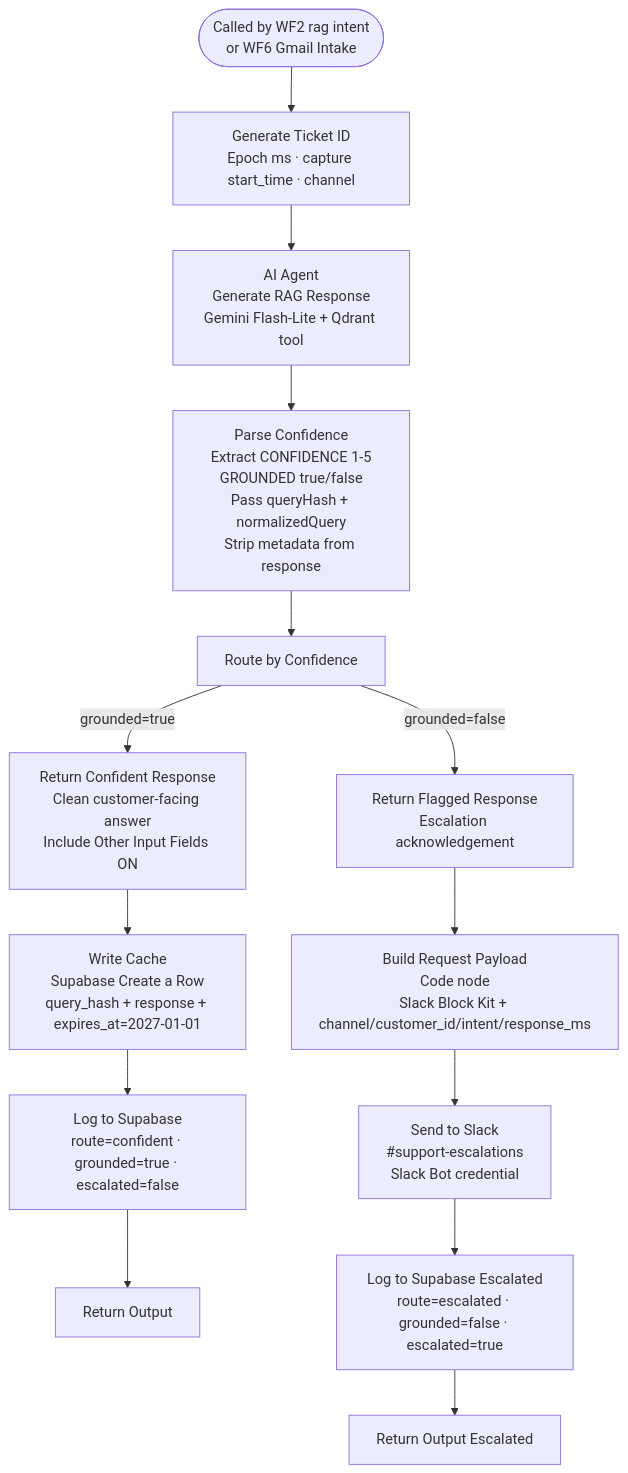
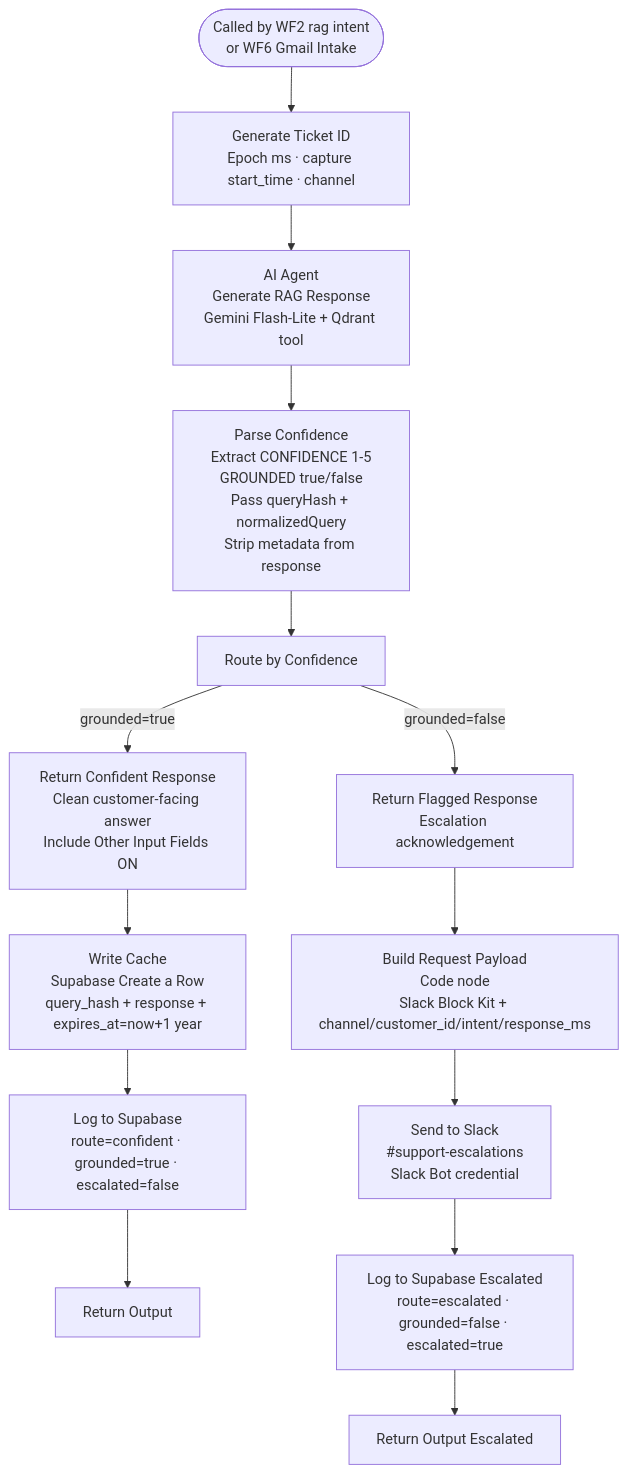
Before and after one commit to ShafqaatMalik/n8n-cx-agent: the diagram in docs/WF4_RAG_Resolution.md, drawn with Mermaid. The commit also changed other lines of this file and 5 other files, not shown here.

````diff
--- a/docs/WF4_RAG_Resolution.md
+++ b/docs/WF4_RAG_Resolution.md
@@ -7,19 +7,19 @@
 ```mermaid
 flowchart TD
     A([Called by WF2 rag intent\nor WF6 Gmail Intake]) --> B[Generate Ticket ID\nEpoch ms · capture start_time · channel]
     B --> C[AI Agent\nGenerate RAG Response\nGemini Flash-Lite + Qdrant tool]
     C --> D[Parse Confidence\nExtract CONFIDENCE 1-5\nGROUNDED true/false\nPass queryHash + normalizedQuery\nStrip metadata from response]
     D --> E[Route by Confidence]
 
     E -->|grounded=true| F[Return Confident Response\nClean customer-facing answer\nInclude Other Input Fields ON]
     E -->|grounded=false| G[Return Flagged Response\nEscalation acknowledgement]
 
-    F --> H[Write Cache\nSupabase Create a Row\nquery_hash + response + expires_at=2027-01-01]
+    F --> H[Write Cache\nSupabase Create a Row\nquery_hash + response + expires_at=now+1 year]
     H --> I[Log to Supabase\nroute=confident · grounded=true · escalated=false]
     I --> J[Return Output]
 
     G --> K[Build Request Payload\nCode node\nSlack Block Kit + channel/customer_id/intent/response_ms]
     K --> L[Send to Slack\n#support-escalations\nSlack Bot credential]
     L --> M[Log to Supabase Escalated\nroute=escalated · grounded=false · escalated=true]
     M --> N[Return Output Escalated]
 ```
````
